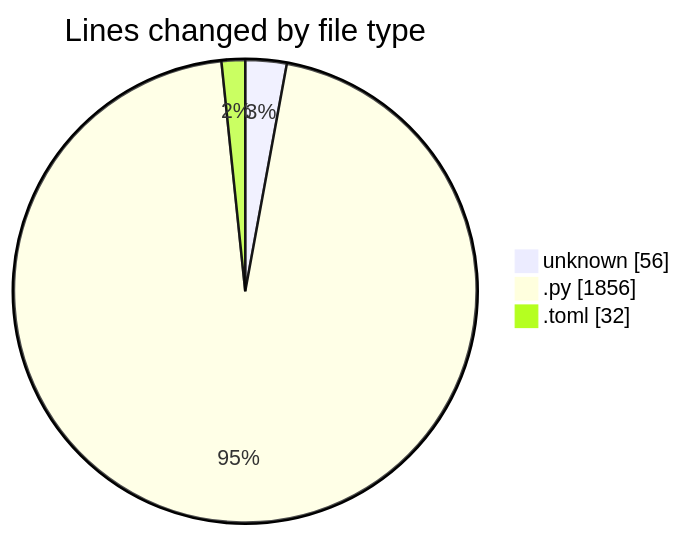
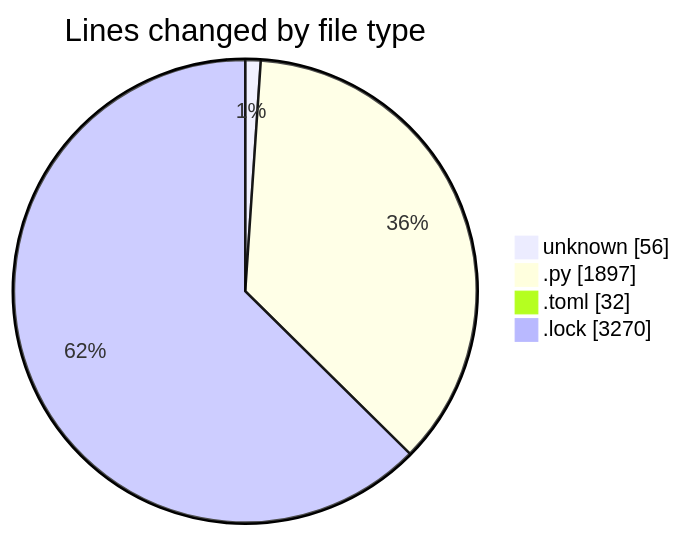
Before and after one commit to julien-gomy/code-tracking: the first of 2 diagrams in 2025-11-26/eventscop-api-guide__workspace_/README.md, drawn with Mermaid. The commit also changed other lines of this file and 1 other file, not shown here.

````diff
--- a/2025-11-26/eventscop-api-guide__workspace_/README.md
+++ b/2025-11-26/eventscop-api-guide__workspace_/README.md
@@ -26,7 +27,8 @@
 ```mermaid
 pie showData
 title Lines changed by file type
 "unknown" : 56
-".py" : 1856
+".py" : 1897
 ".toml" : 32
+".lock" : 3270
 ```
````
